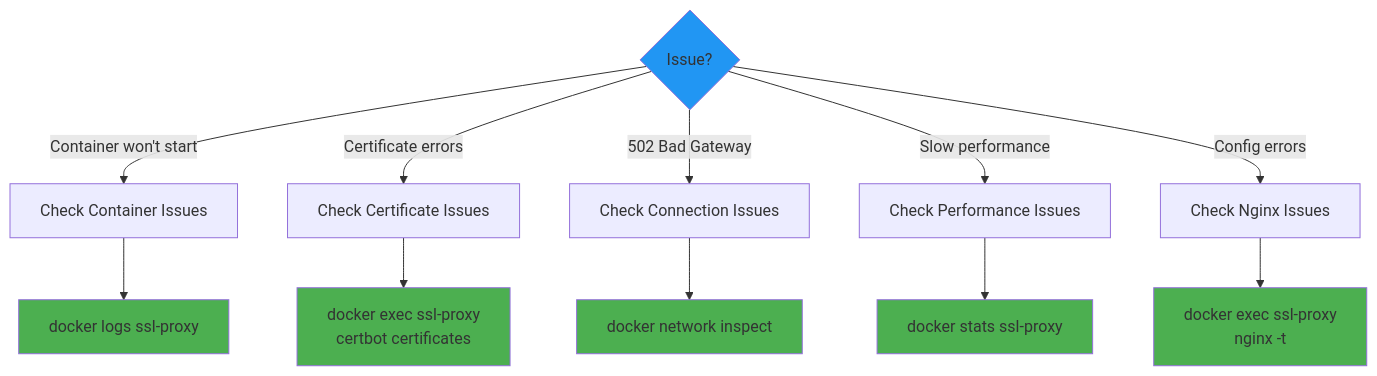
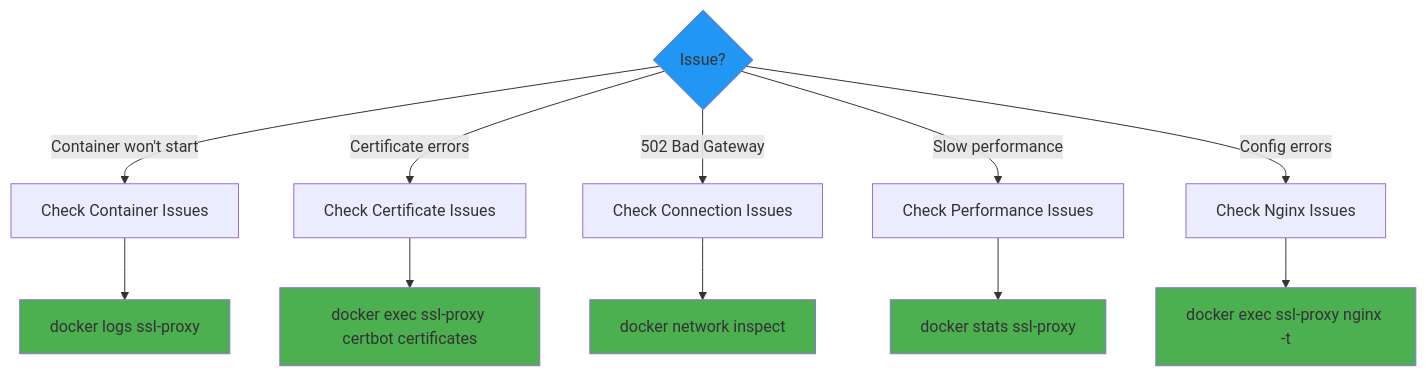
Before and after one commit to softwarewrighter/ssl-proxy-for-do: the diagram in wiki/Troubleshooting.md, drawn with Mermaid. The commit also changed 7 other files, not shown here.

First line of the commit message:
Fix wiki Mermaid diagrams: remove remaining <br/> tags

````diff
--- a/wiki/Troubleshooting.md
+++ b/wiki/Troubleshooting.md
@@ -51,23 +51,23 @@
 ```mermaid
 graph TD
     Start{Issue?}
 
     Start -->|Container won't start| ContainerIssue[Check Container Issues]
     Start -->|Certificate errors| CertIssue[Check Certificate Issues]
     Start -->|502 Bad Gateway| ConnectionIssue[Check Connection Issues]
     Start -->|Slow performance| PerfIssue[Check Performance Issues]
     Start -->|Config errors| NginxIssue[Check Nginx Issues]
 
     ContainerIssue --> CheckLogs[docker logs ssl-proxy]
-    CertIssue --> CheckCerts[docker exec ssl-proxy<br/>certbot certificates]
+    CertIssue --> CheckCerts[docker exec ssl-proxy certbot certificates]
     ConnectionIssue --> CheckNetwork[docker network inspect]
     PerfIssue --> CheckResources[docker stats ssl-proxy]
-    NginxIssue --> CheckConfig[docker exec ssl-proxy<br/>nginx -t]
+    NginxIssue --> CheckConfig[docker exec ssl-proxy nginx -t]
 
     style Start fill:#2196F3
     style CheckLogs fill:#4CAF50
     style CheckCerts fill:#4CAF50
     style CheckNetwork fill:#4CAF50
     style CheckResources fill:#4CAF50
     style CheckConfig fill:#4CAF50
 ```
````
